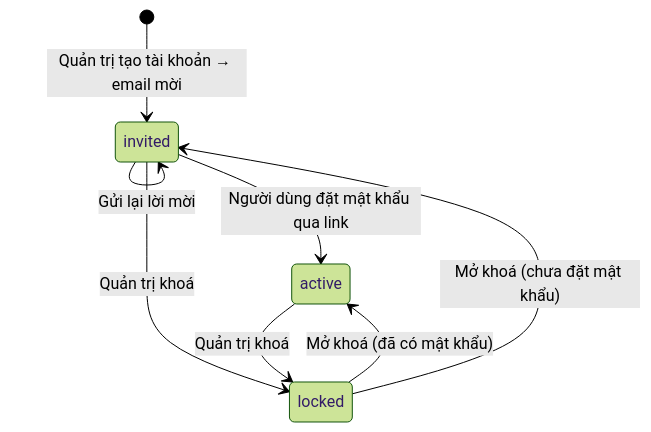
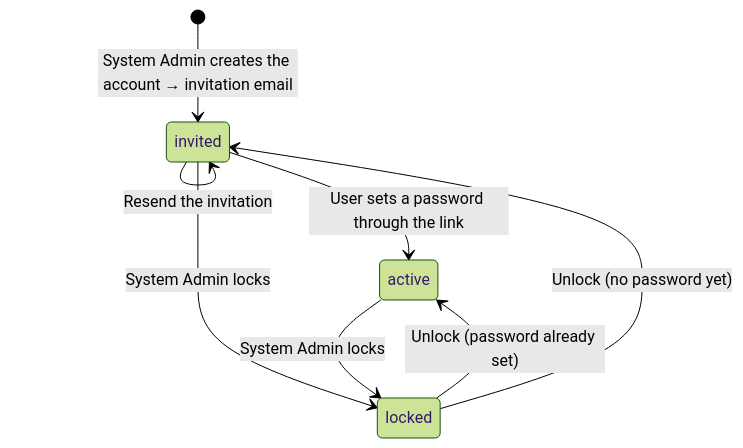
Before and after one commit to LuxMapLabs/luxmap_backend: the ninth of 14 diagrams in docs/state-machines.md, drawn with Mermaid (forest theme). The commit also changed other lines of this file and 2 other files, not shown here.

First line of the commit message:
docs(state-machines): translate the state machine diagrams to English

````diff
--- a/docs/state-machines.md
+++ b/docs/state-machines.md
@@ -294,10 +312,10 @@
 ```mermaid
 stateDiagram-v2
-    [*] --> invited : Quản trị tạo tài khoản → email mời
-    invited --> invited : Gửi lại lời mời
-    invited --> active : Người dùng đặt mật khẩu qua link
-    invited --> locked : Quản trị khoá
-    active --> locked : Quản trị khoá
-    locked --> active : Mở khoá (đã có mật khẩu)
-    locked --> invited : Mở khoá (chưa đặt mật khẩu)
+    [*] --> invited : System Admin creates the account → invitation email
+    invited --> invited : Resend the invitation
+    invited --> active : User sets a password through the link
+    invited --> locked : System Admin locks
+    active --> locked : System Admin locks
+    locked --> active : Unlock (password already set)
+    locked --> invited : Unlock (no password yet)
 ```
````
